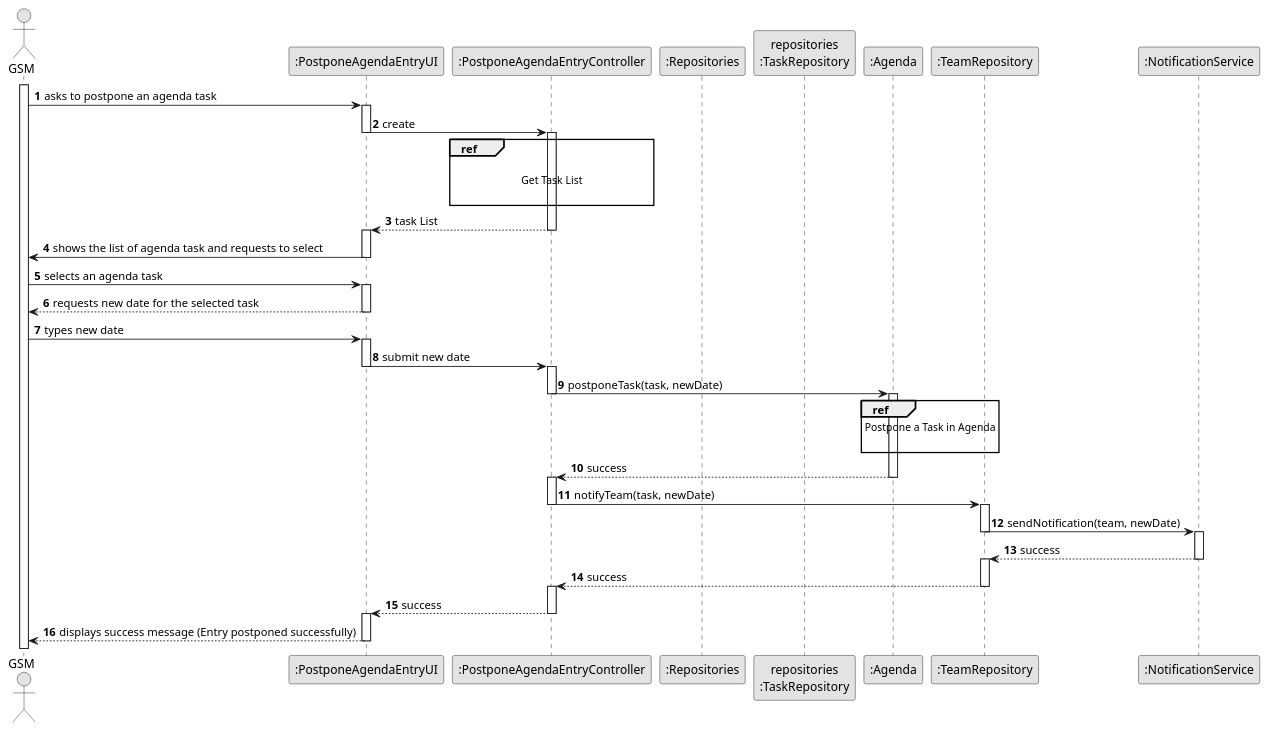
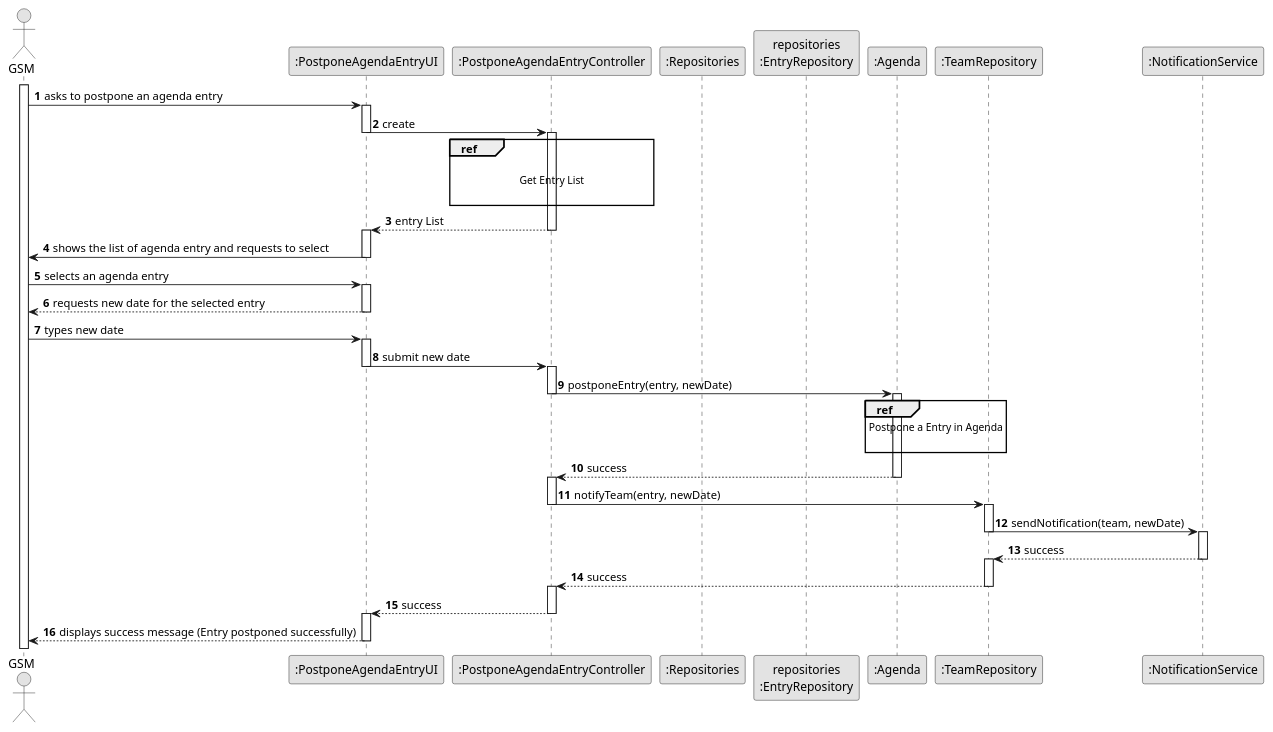
One commit to ricardomm7/leaflink changed the diagram in docs/sprintC/us024/03.design/puml/us024-sequence-diagram-split.puml. Above: the diagram before and after it, drawn with PlantUML. The commit also changed 30 other files, not shown here.

Commit message:
Change Task to Entry in US24, US25, US29; Update domain model; Send verification from UI to Domain (Vehicle)

```diff
--- a/docs/sprintC/us024/03.design/puml/us024-sequence-diagram-split.puml
+++ b/docs/sprintC/us024/03.design/puml/us024-sequence-diagram-split.puml
@@ -1,91 +1,91 @@
 @startuml
 skinparam monochrome true
 skinparam packageStyle rectangle
 skinparam shadowing false
 
 autonumber
 
 actor "GSM" as GSM
 participant ":PostponeAgendaEntryUI" as UI
 participant ":PostponeAgendaEntryController" as CTRL
 participant ":Repositories" as RepositorySingleton
-participant "repositories\n:TaskRepository" as TaskRepo
+participant "repositories\n:EntryRepository" as EntryRepo
 participant ":Agenda" as Agenda
 participant ":TeamRepository" as TeamRepo
 participant ":NotificationService" as NotificationService
 
 activate GSM
 
-    GSM -> UI : asks to postpone an agenda task
+    GSM -> UI : asks to postpone an agenda entry
     activate UI
 
         UI -> CTRL : create
         deactivate UI
         activate CTRL
 
         ref over CTRL
 
-            Get Task List
+            Get Entry List
 
         end ref
 
 
-            CTRL --> UI : task List
+            CTRL --> UI : entry List
         deactivate CTRL
         activate UI
 
-        UI -> GSM : shows the list of agenda task and requests to select
+        UI -> GSM : shows the list of agenda entry and requests to select
     deactivate UI
 
-    GSM -> UI : selects an agenda task
+    GSM -> UI : selects an agenda entry
     activate UI
 
-        UI --> GSM : requests new date for the selected task
+        UI --> GSM : requests new date for the selected entry
     deactivate UI
 
     GSM -> UI : types new date
     activate UI
 
         UI -> CTRL : submit new date
         deactivate UI
         activate CTRL
 
-            CTRL -> Agenda : postponeTask(task, newDate)
+            CTRL -> Agenda : postponeEntry(entry, newDate)
             deactivate CTRL
             activate Agenda
 
         ref over Agenda
-            Postpone a Task in Agenda
+            Postpone a Entry in Agenda
 
         end ref
 
 
 
             Agenda --> CTRL : success
             deactivate Agenda
             activate CTRL
 
-            CTRL -> TeamRepo : notifyTeam(task, newDate)
+            CTRL -> TeamRepo : notifyTeam(entry, newDate)
             deactivate CTRL
             activate TeamRepo
 
                 TeamRepo -> NotificationService : sendNotification(team, newDate)
                 deactivate TeamRepo
                 activate NotificationService
 
                     NotificationService --> TeamRepo : success
                 deactivate NotificationService
                 activate TeamRepo
 
             TeamRepo --> CTRL : success
             deactivate TeamRepo
             activate CTRL
 
             CTRL --> UI : success
         deactivate CTRL
         activate UI
 
         UI --> GSM : displays success message (Entry postponed successfully)
     deactivate UI
 
 @enduml
```
